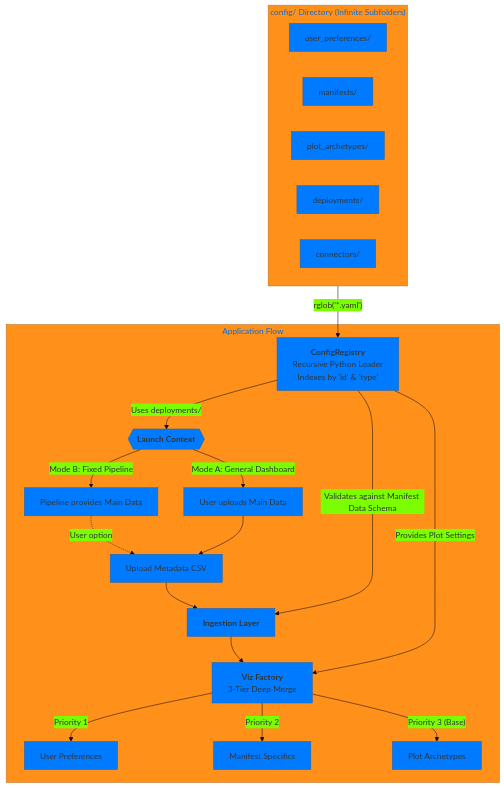
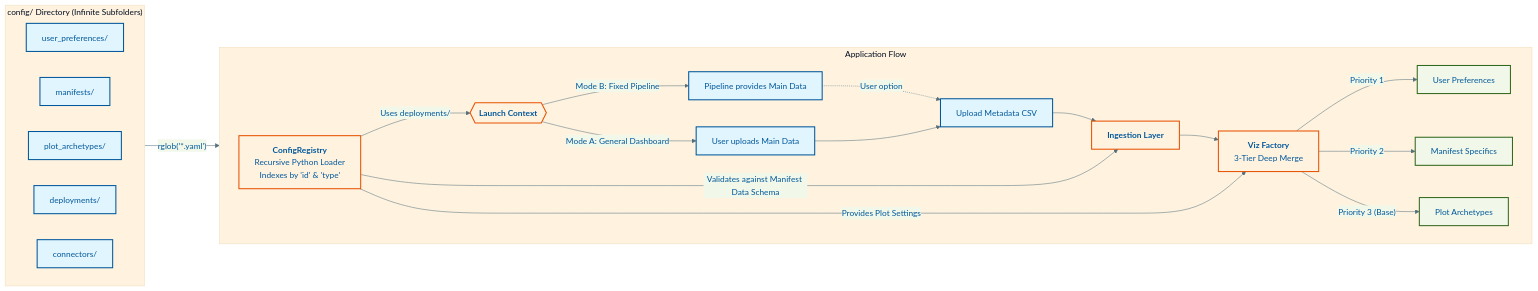
One commit to NorwegianVeterinaryInstitute/SPARMVET_VIZ changed the diagram in docs/workflows/_config_mermaid.mmd. Above: the diagram before and after it, drawn with Mermaid. The commit also changed 3 other files, not shown here.

Commit message:
docs: update documentation with new SDK workflow diagram and standardized Mermaid styling across all architectural charts.

```diff
--- a/docs/workflows/_config_mermaid.mmd
+++ b/docs/workflows/_config_mermaid.mmd
@@ -1,37 +1,55 @@
-%%{init: {'theme': 'base', 'themeVariables': { 'primaryColor': '#007bff' }}}%%
-%% working graph for config loading and application flow
-flowchart TD
-    subgraph config_dir ["config/ Directory (Infinite Subfolders)"]
+%%{init: {
+  'theme': 'base',
+  'themeVariables': {
+    'primaryColor': '#e1f5fe',
+    'primaryTextColor': '#01579b',
+    'primaryBorderColor': '#01579b',
+    'lineColor': '#546e7a',
+    'secondaryColor': '#f1f8e9',
+    'tertiaryColor': '#fff3e0',
+    'fontSize': '16px',
+    'fontFamily': 'arial'
+  }
+}}%%
+
+flowchart LR
+    %% Class Definitions
+    classDef input fill:#e1f5fe,stroke:#01579b,stroke-width:2px;
+    classDef logic fill:#fff3e0,stroke:#e65100,stroke-width:2px;
+    classDef output fill:#f1f8e9,stroke:#33691e,stroke-width:2px;
+
+    subgraph ConfigDir ["config/ Directory (Infinite Subfolders)"]
         direction LR
-        P["user_preferences/"] 
-        M["manifests/"] 
-        A["plot_archetypes/"]
-        D["deployments/"]
-        C["connectors/"]
+        P["user_preferences/"]:::input 
+        M["manifests/"]:::input 
+        A["plot_archetypes/"]:::input
+        D["deployments/"]:::input
+        C["connectors/"]:::input
     end
 
-    CR["<b>ConfigRegistry</b><br>Recursive Python Loader<br>Indexes by 'id' & 'type'"]
-    config_dir -->|"rglob('*.yaml')"| CR
+    CR["<b>ConfigRegistry</b><br>Recursive Python Loader<br>Indexes by 'id' & 'type'"]:::logic
+    ConfigDir -->|"rglob('*.yaml')"| CR
 
-    subgraph app_logic ["Application Flow"]
-        LC{{"<b>Launch Context</b>"}}
+    subgraph AppFlow ["Application Flow"]
+        direction LR
+        LC{{"<b>Launch Context</b>"}}:::logic
         CR -->|"Uses deployments/"| LC
         
-        LC -->|"Mode B: Fixed Pipeline"| Auto["Pipeline provides Main Data"]
-        LC -->|"Mode A: General Dashboard"| Manual["User uploads Main Data"]
+        LC -->|"Mode B: Fixed Pipeline"| Auto["Pipeline provides Main Data"]:::input
+        LC -->|"Mode A: General Dashboard"| Manual["User uploads Main Data"]:::input
         
-        Auto -.->|"User option"| Meta["Upload Metadata CSV"]
+        Auto -.->|"User option"| Meta["Upload Metadata CSV"]:::input
         Manual --> Meta
         
-        Meta --> Ingest["<b>Ingestion Layer</b>"]
+        Meta --> Ingest["<b>Ingestion Layer</b>"]:::logic
         
         CR -->|"Validates against Manifest Data Schema"| Ingest
         
-        Ingest --> Merge["<b>Viz Factory</b><br>3-Tier Deep Merge"]
+        Ingest --> Merge["<b>Viz Factory</b><br>3-Tier Deep Merge"]:::logic
         
         CR -->|"Provides Plot Settings"| Merge
         
-        Merge -->|"Priority 1"| UP["User Preferences"]
-        Merge -->|"Priority 2"| MS["Manifest Specifics"]
-        Merge -->|"Priority 3 (Base)"| PA["Plot Archetypes"]
+        Merge -->|"Priority 1"| UP["User Preferences"]:::output
+        Merge -->|"Priority 2"| MS["Manifest Specifics"]:::output
+        Merge -->|"Priority 3 (Base)"| PA["Plot Archetypes"]:::output
     end
```
